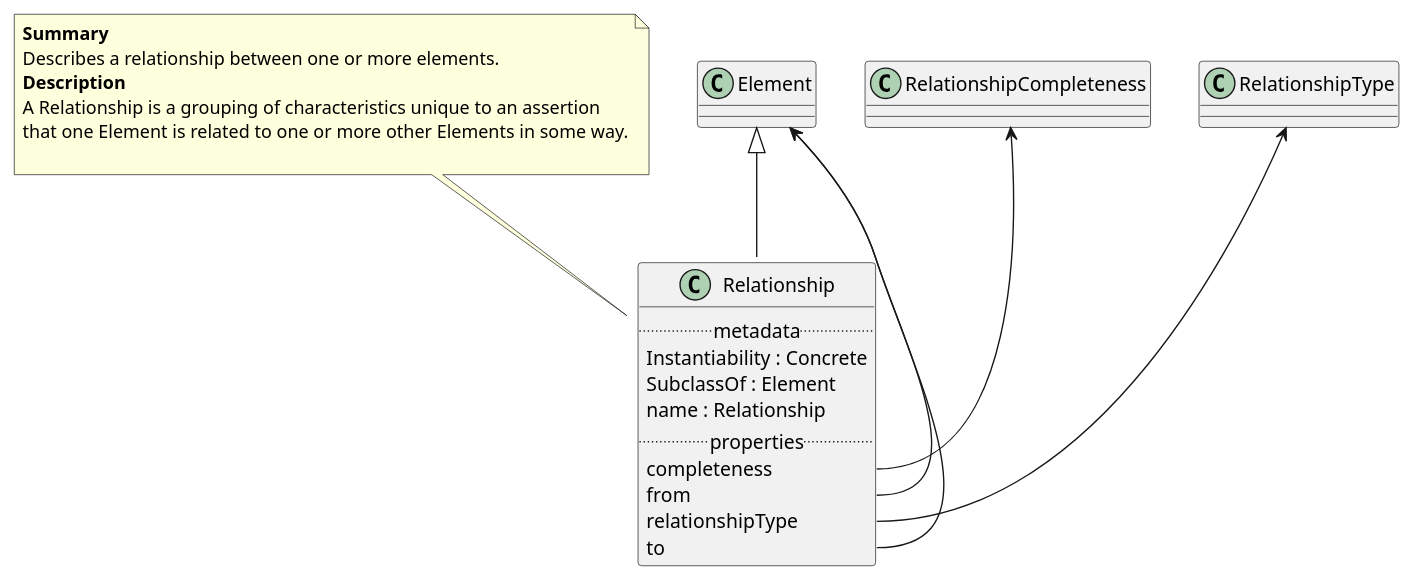
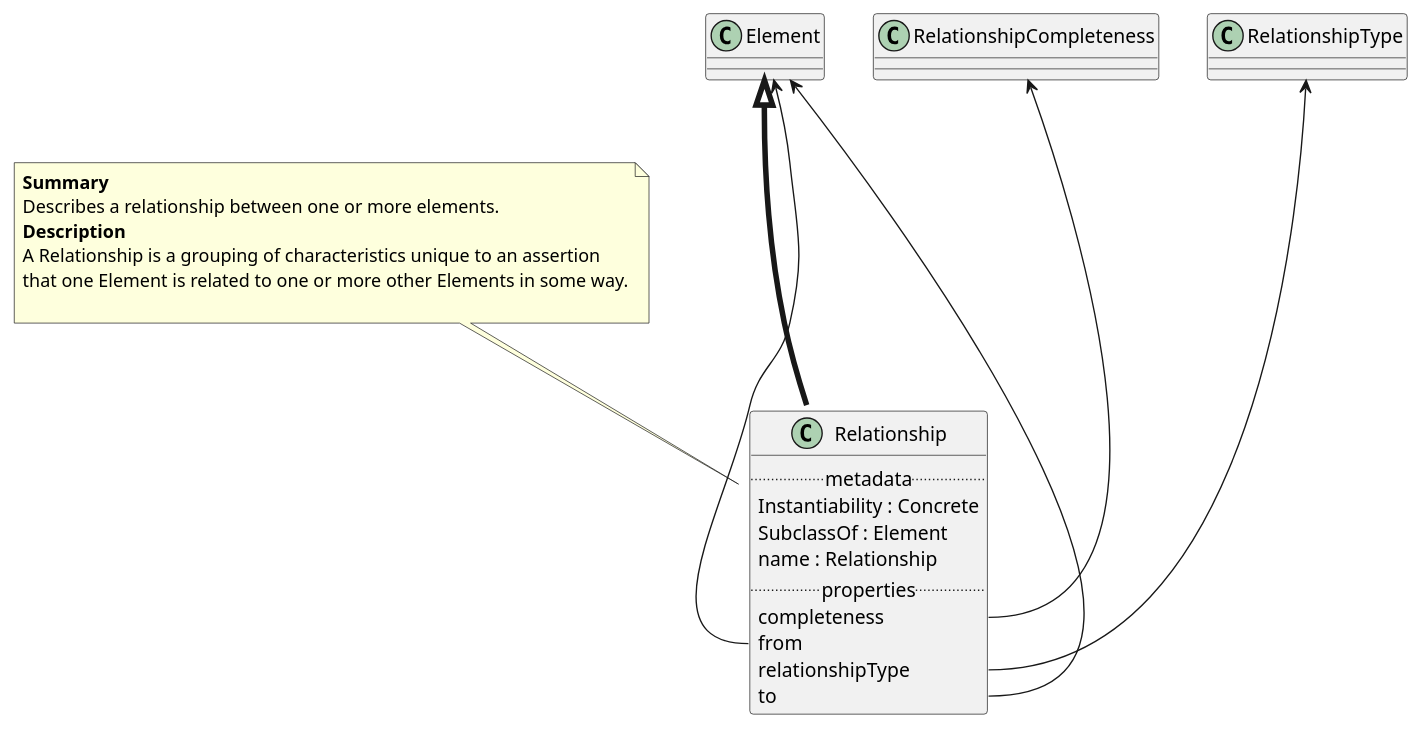
The diagram in Classes/Relationship.puml (maxhbr/spec-parser.hs), drawn with PlantUML before and after one commit. The commit also changed 61 other files, not shown here.

```diff
--- a/Classes/Relationship.puml
+++ b/Classes/Relationship.puml
@@ -1,26 +1,26 @@
 @startuml
 class Relationship {
 .. metadata ..
     Instantiability : Concrete
     SubclassOf : Element
     name : Relationship
 .. properties ..
     completeness
     from
     relationshipType
     to
 }
 note top of Relationship
 <b>Summary</b>
 Describes a relationship between one or more elements.
 <b>Description</b>
 A Relationship is a grouping of characteristics unique to an assertion
 that one Element is related to one or more other Elements in some way.
 
 end note
-"Element" <|-- "Relationship"
-"RelationshipCompleteness" <-- "Relationship::completeness"
-"Element" <-- "Relationship::from"
-"RelationshipType" <-- "Relationship::relationshipType"
-"Element" <-- "Relationship::to"
+"Element" <|-[thickness=4]- "Relationship"
+"RelationshipCompleteness" <--- "Relationship::completeness"
+"Element" <--- "Relationship::from"
+"RelationshipType" <--- "Relationship::relationshipType"
+"Element" <--- "Relationship::to"
 @enduml
```
